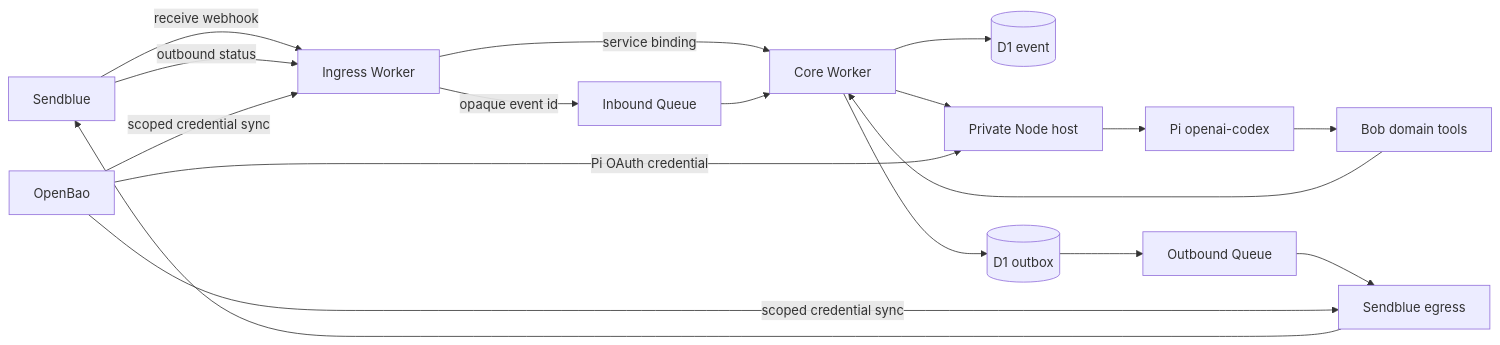
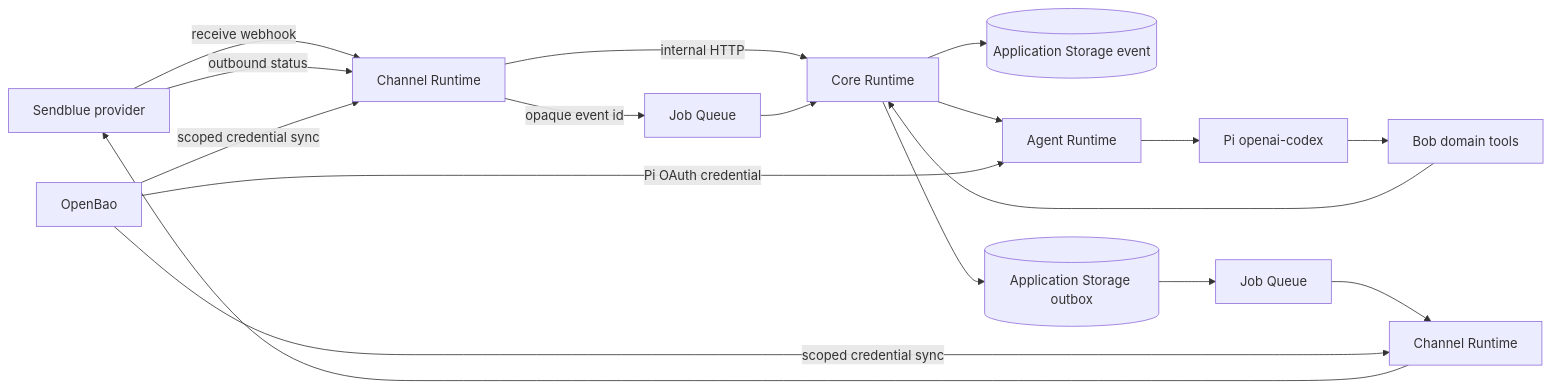
The diagram in docs/adr/0002-sendblue-agent-channel.md (arek-e/bob), drawn with Mermaid before and after one commit. The commit also changed other lines of this file and 119 other files, not shown here.

First line of the commit message:
Add provider-neutral runtime systems (#82)

````diff
--- a/docs/adr/0002-sendblue-agent-channel.md
+++ b/docs/adr/0002-sendblue-agent-channel.md
@@ -82,20 +82,20 @@
 ```mermaid
 flowchart LR
-    S[Sendblue] -->|receive webhook| I[Ingress Worker]
-    I -->|service binding| C[Core Worker]
-    C --> D[(D1 event)]
-    I -->|opaque event id| Q[Inbound Queue]
+    S[Sendblue provider] -->|receive webhook| I[Channel Runtime]
+    I -->|internal HTTP| C[Core Runtime]
+    C --> D[(Application Storage event)]
+    I -->|opaque event id| Q[Job Queue]
     Q --> C
-    C --> N[Private Node host]
+    C --> N[Agent Runtime]
     N --> P[Pi openai-codex]
     P --> T[Bob domain tools]
     T --> C
-    C --> O[(D1 outbox)]
-    O --> X[Outbound Queue]
-    X --> E[Sendblue egress]
+    C --> O[(Application Storage outbox)]
+    O --> X[Job Queue]
+    X --> E[Channel Runtime]
     E --> S
     S -->|outbound status| I
     B[OpenBao] -->|scoped credential sync| I
     B -->|Pi OAuth credential| N
     B -->|scoped credential sync| E
 ```
````
